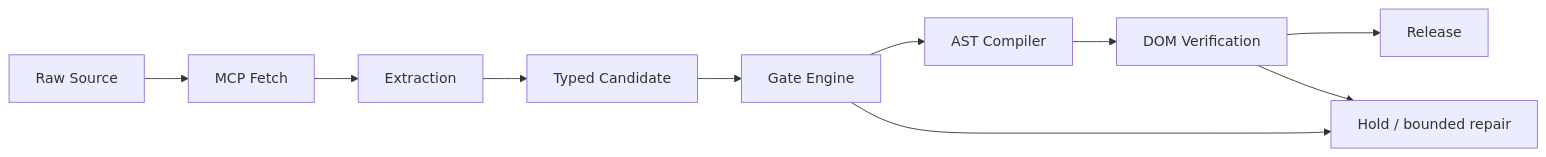
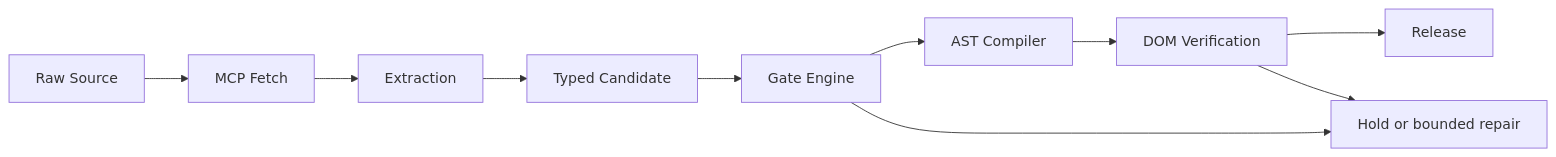
One commit to AndrewMichael2020/models-today changed the diagram in README.md. Above: the diagram before and after it, drawn with Mermaid. The commit also changed other lines of this file, not shown here.

````diff
--- a/README.md
+++ b/README.md
@@ -13,12 +97,12 @@
 ```mermaid
 flowchart LR
     A[Raw Source] --> B[MCP Fetch]
     B --> C[Extraction]
     C --> D[Typed Candidate]
     D --> E[Gate Engine]
     E --> F[AST Compiler]
     F --> G[DOM Verification]
     G --> H[Release]
-    E --> I[Hold / bounded repair]
+    E --> I[Hold or bounded repair]
     G --> I
 ```
````
